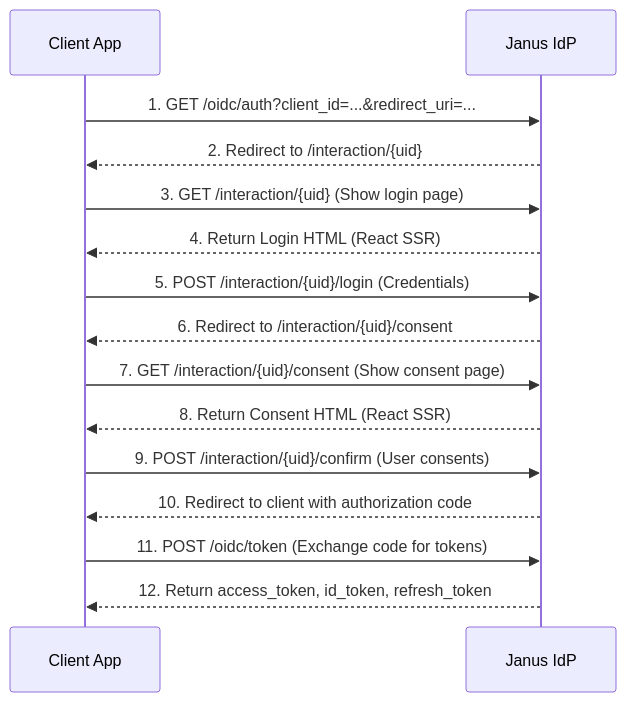
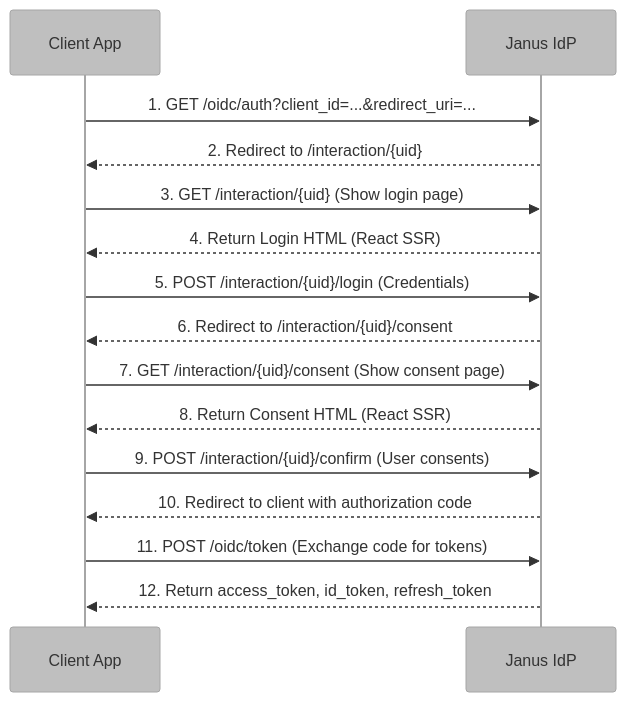
The second of 2 diagrams in docs/ARCHITECTURE.md (marcus-v-rodrigues/janus-idp), drawn with Mermaid before and after one commit. The commit also changed other lines of this file, not shown here.

Commit message:
docs: add theme styling to mermaid diagrams

````diff
--- a/docs/ARCHITECTURE.md
+++ b/docs/ARCHITECTURE.md
@@ -140,18 +140,19 @@
 ```mermaid
+%%{init: {'theme': 'base', 'themeVariables': { 'primaryColor': '#bfbfbf', 'edgeColor': '#5d5d5d' }, "flowchart": {"subGraphTitleMargin": {"bottom": 30}}}}%%
 sequenceDiagram
     participant Client as Client App
     participant IdP as Janus IdP
     
     Client->>IdP: 1. GET /oidc/auth?client_id=...&redirect_uri=...
     IdP-->>Client: 2. Redirect to /interaction/{uid}
     Client->>IdP: 3. GET /interaction/{uid} (Show login page)
     IdP-->>Client: 4. Return Login HTML (React SSR)
     Client->>IdP: 5. POST /interaction/{uid}/login (Credentials)
     IdP-->>Client: 6. Redirect to /interaction/{uid}/consent
     Client->>IdP: 7. GET /interaction/{uid}/consent (Show consent page)
     IdP-->>Client: 8. Return Consent HTML (React SSR)
     Client->>IdP: 9. POST /interaction/{uid}/confirm (User consents)
     IdP-->>Client: 10. Redirect to client with authorization code
     Client->>IdP: 11. POST /oidc/token (Exchange code for tokens)
     IdP-->>Client: 12. Return access_token, id_token, refresh_token
 ```
````
